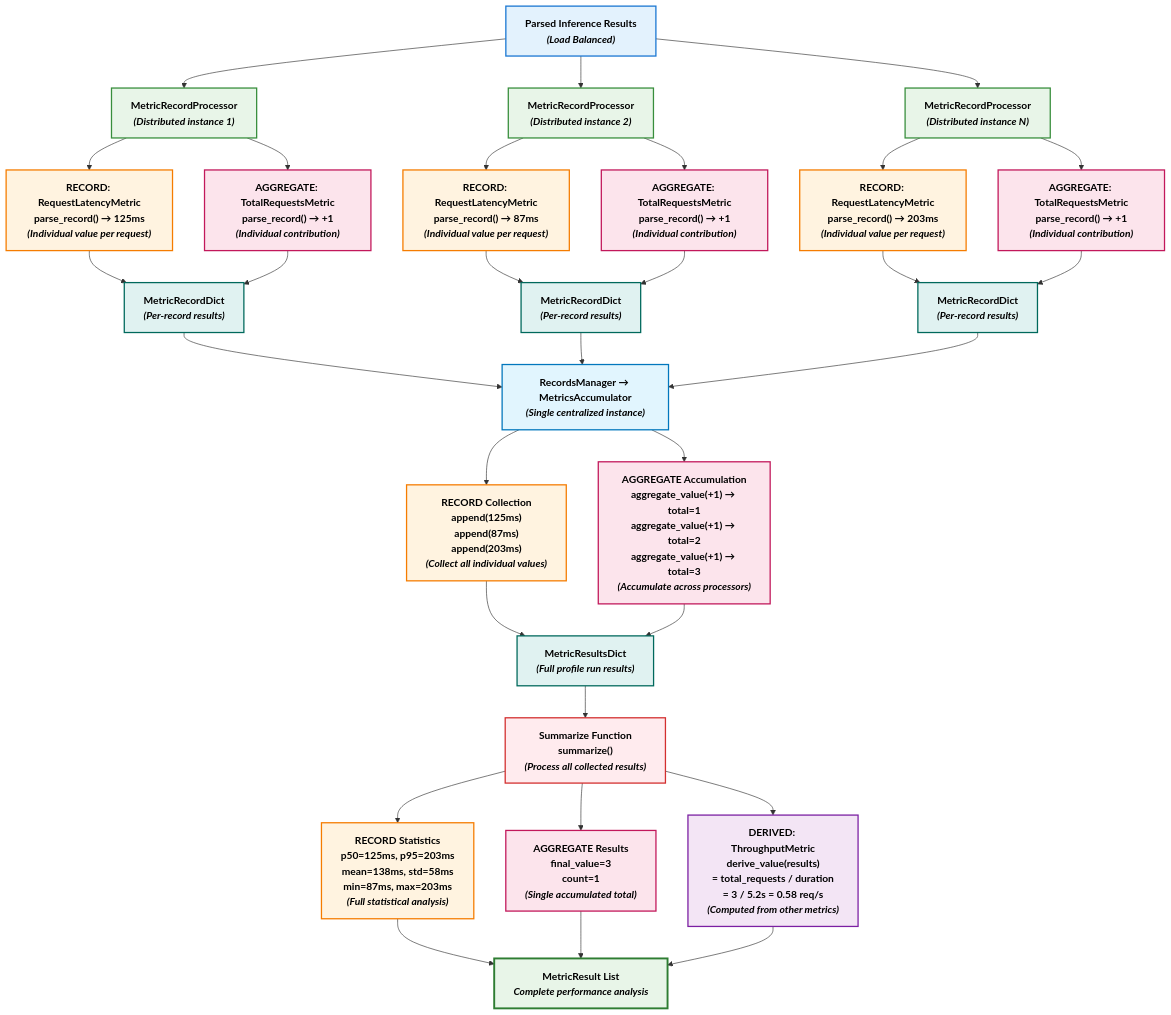
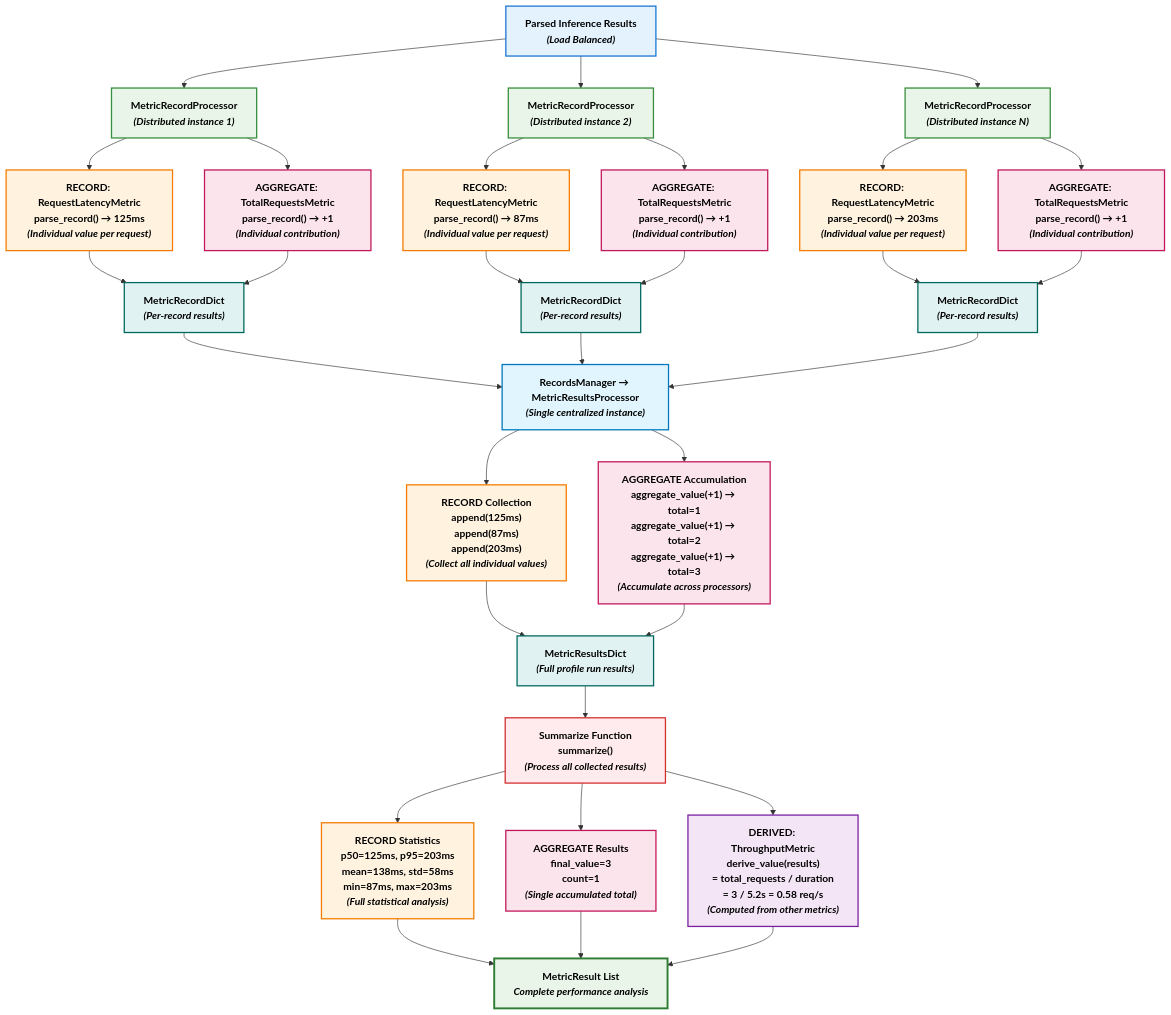
One commit to ai-dynamo/aiperf changed the diagram in docs/diagrams/metrics-flow.md. Above: the diagram before and after it, drawn with Mermaid. The commit also changed 473 other files, not shown here.

Commit message:
feat(metrics): t-digest aggregator for InterChunkLatencyMetric (#865)

````diff
--- a/docs/diagrams/metrics-flow.md
+++ b/docs/diagrams/metrics-flow.md
@@ -7,80 +7,80 @@
 ```mermaid
 flowchart TD
     %% Input Data
     A["Parsed Inference Results<br/><em>(Load&nbsp;Balanced)</em>"]
 
     %% Stage 1: Distributed Record Processing
     A --> B1["MetricRecordProcessor<br/><em>(Distributed&nbsp;instance&nbsp;1)</em>"]
     A --> B2["MetricRecordProcessor<br/><em>(Distributed&nbsp;instance&nbsp;2)</em>"]
     A --> B3["MetricRecordProcessor<br/><em>(Distributed&nbsp;instance&nbsp;N)</em>"]
 
     %% RECORD Metric Path
     B1 --> C1["RECORD: RequestLatencyMetric<br/>parse_record() → 125ms<br/><em>(Individual&nbsp;value&nbsp;per&nbsp;request)</em>"]
     B2 --> C2["RECORD: RequestLatencyMetric<br/>parse_record() → 87ms<br/><em>(Individual&nbsp;value&nbsp;per&nbsp;request)</em>"]
     B3 --> C3["RECORD: RequestLatencyMetric<br/>parse_record() → 203ms<br/><em>(Individual&nbsp;value&nbsp;per&nbsp;request)</em>"]
 
     %% AGGREGATE Metric Path
     B1 --> D1["AGGREGATE: TotalRequestsMetric<br/>parse_record() → +1<br/><em>(Individual&nbsp;contribution)</em>"]
     B2 --> D2["AGGREGATE: TotalRequestsMetric<br/>parse_record() → +1<br/><em>(Individual&nbsp;contribution)</em>"]
     B3 --> D3["AGGREGATE: TotalRequestsMetric<br/>parse_record() → +1<br/><em>(Individual&nbsp;contribution)</em>"]
 
     %% MetricRecordDict Collection
     C1 --> E1["MetricRecordDict<br/><em>(Per-record&nbsp;results)</em>"]
     D1 --> E1
     C2 --> E2["MetricRecordDict<br/><em>(Per-record&nbsp;results)</em>"]
     D2 --> E2
     C3 --> E3["MetricRecordDict<br/><em>(Per-record&nbsp;results)</em>"]
     D3 --> E3
 
     %% Stage 2: Centralized Results Processing
-    E1 --> G["RecordsManager → MetricsAccumulator<br/><em>(Single&nbsp;centralized&nbsp;instance)</em>"]
+    E1 --> G["RecordsManager → MetricResultsProcessor<br/><em>(Single&nbsp;centralized&nbsp;instance)</em>"]
     E2 --> G
     E3 --> G
 
     %% RECORD Processing in Central
     G --> H1["RECORD Collection<br/>append(125ms)<br/>append(87ms)<br/>append(203ms)<br/><em>(Collect&nbsp;all&nbsp;individual&nbsp;values)</em>"]
 
     %% AGGREGATE Processing in Central
     G --> H2["AGGREGATE Accumulation<br/>aggregate_value(+1) → total=1<br/>aggregate_value(+1) → total=2<br/>aggregate_value(+1) → total=3<br/><em>(Accumulate&nbsp;across&nbsp;processors)</em>"]
 
     H1 --> L["MetricResultsDict<br/><em>(Full&nbsp;profile&nbsp;run&nbsp;results)</em>"]
     H2 --> L
 
     %% Stage 4: Summarize Function Processing
     L --> I2["Summarize Function<br/>summarize()<br/><em>(Process&nbsp;all&nbsp;collected&nbsp;results)</em>"]
 
     %% Three outputs from Summarize Function
     I2 --> J1["RECORD Statistics<br/>p50=125ms, p95=203ms<br/>mean=138ms, std=58ms<br/>min=87ms, max=203ms<br/><em>(Full&nbsp;statistical&nbsp;analysis)</em>"]
 
     I2 --> J2["AGGREGATE Results<br/>final_value=3<br/>count=1<br/><em>(Single&nbsp;accumulated&nbsp;total)</em>"]
 
     I2 --> J3["DERIVED: ThroughputMetric<br/>derive_value(results)<br/>= total_requests / duration<br/>= 3 / 5.2s = 0.58 req/s<br/><em>(Computed&nbsp;from&nbsp;other&nbsp;metrics)</em>"]
 
     %% Final Output
     J1 --> K["MetricResult List<br/><em>Complete&nbsp;performance&nbsp;analysis</em>"]
     J2 --> K
     J3 --> K
 
     %% Styling
     classDef input fill:#e3f2fd,stroke:#1976d2,stroke-width:2px,color:#000000,font-weight:bold
     classDef distributed fill:#e8f5e8,stroke:#388e3c,stroke-width:2px,color:#000000,font-weight:bold
     classDef recordMetric fill:#fff3e0,stroke:#f57c00,stroke-width:2px,color:#000000,font-weight:bold
     classDef aggregateMetric fill:#fce4ec,stroke:#c2185b,stroke-width:2px,color:#000000,font-weight:bold
     classDef derivedMetric fill:#f3e5f5,stroke:#7b1fa2,stroke-width:2px,color:#000000,font-weight:bold
     classDef transport fill:#e0f2f1,stroke:#00695c,stroke-width:2px,color:#000000,font-weight:bold
     classDef central fill:#ffebee,stroke:#d32f2f,stroke-width:2px,color:#000000,font-weight:bold
     classDef collection fill:#fff8e1,stroke:#ffa000,stroke-width:2px,color:#000000,font-weight:bold
     classDef statistics fill:#e1f5fe,stroke:#0277bd,stroke-width:2px,color:#000000,font-weight:bold
     classDef output fill:#e8f5e8,stroke:#2e7d32,stroke-width:3px,color:#000000,font-weight:bold
 
     %% Apply styles
     class A input
     class B1,B2,B3 distributed
     class C1,C2,C3,J1,H1 recordMetric
     class D1,D2,D3,J2,H2 aggregateMetric
     class J3 derivedMetric
     class I2 central
     class I1,G statistics
     class E1,E2,E3,F,L transport
     class K output
 ```
````
